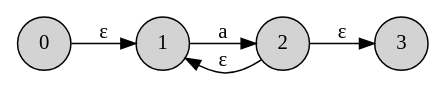
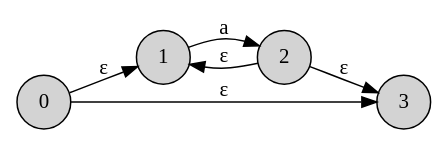
Before and after one commit to illusory0x0/containers.mbt: the diagram in automaton/__snapshot__/nfa_trans_repeat.dot, drawn with Graphviz. The commit also changed 10 other files, not shown here.

```diff
--- a/automaton/__snapshot__/nfa_trans_repeat.dot
+++ b/automaton/__snapshot__/nfa_trans_repeat.dot
@@ -1,13 +1,14 @@
 
 digraph {
 rankdir=LR;
 node [shape = circle; style = filled;];
 0->1[label="ε"];
+0->3[label="ε"];
 1->2[label="a"];
 2->1[label="ε"];
 2->3[label="ε"];
 0 [label="0";]
 1 [label="1";]
 2 [label="2";]
 3 [label="3";]
 }
```
